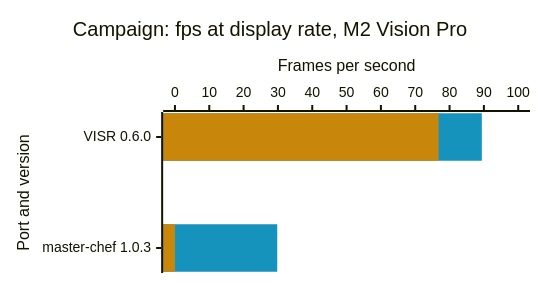
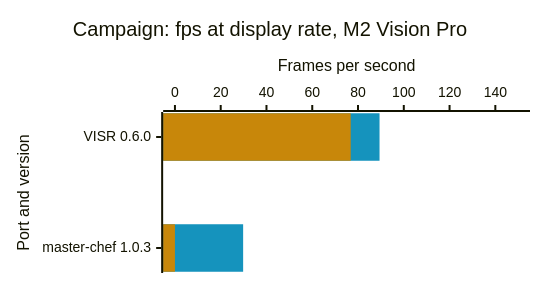
The fourth of 4 diagrams in docs/benchmarks.md (steverice/halo-ce-ios), drawn with Mermaid before and after one commit. The commit also changed other lines of this file and 9 other files, not shown here.

````diff
--- a/docs/benchmarks.md
+++ b/docs/benchmarks.md
@@ -98,17 +104,17 @@
 ```mermaid
 ---
 config:
   xyChart:
     width: 520
     height: 263
   themeVariables:
     xyChart:
       plotColorPalette: "#1593bd, #c8870a"
 ---
 xychart-beta horizontal
     title "Campaign: fps at display rate, M2 Vision Pro"
     x-axis "Port and version" ["VISR 0.6.0", "master-chef 1.0.3"]
-    y-axis "Frames per second" 0 --> 100
+    y-axis "Frames per second" 0 --> 150
     bar [89.4, 29.8]
     bar [76.8, 0]
 ```
````
